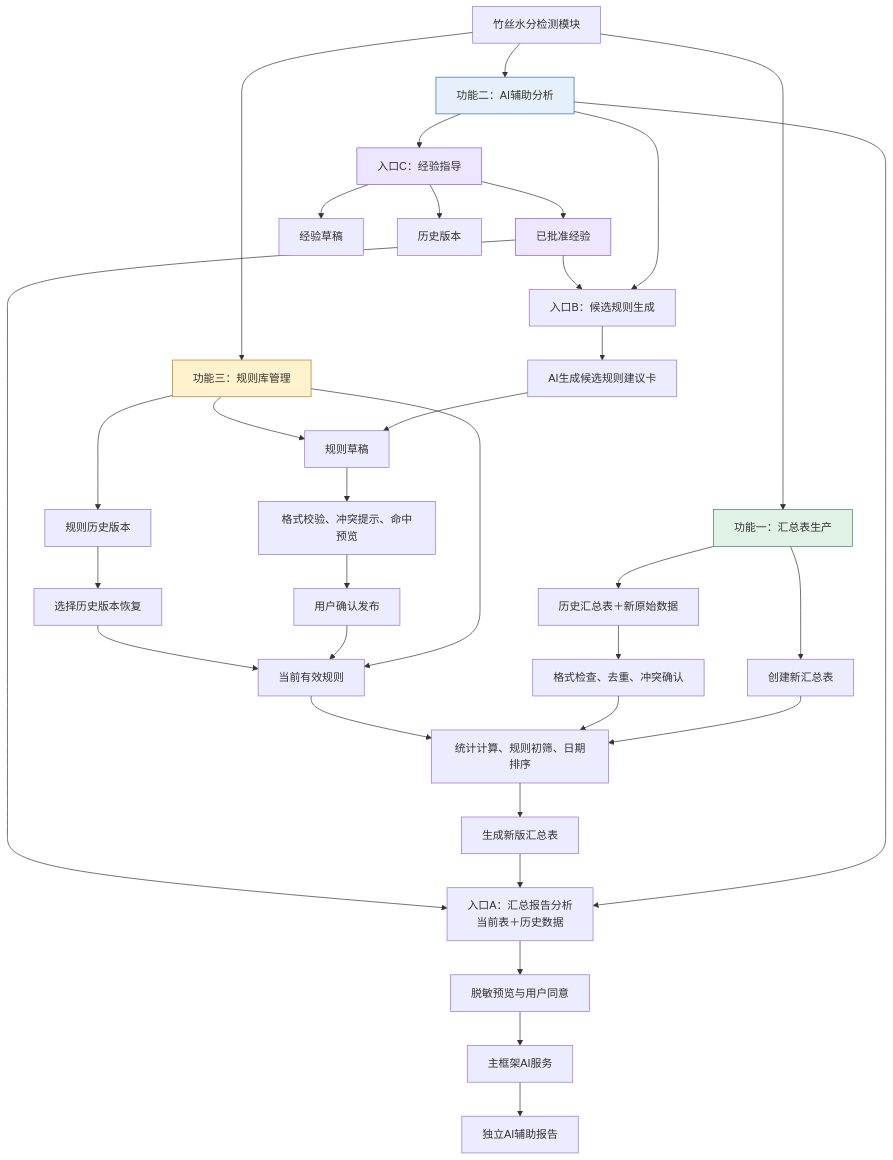
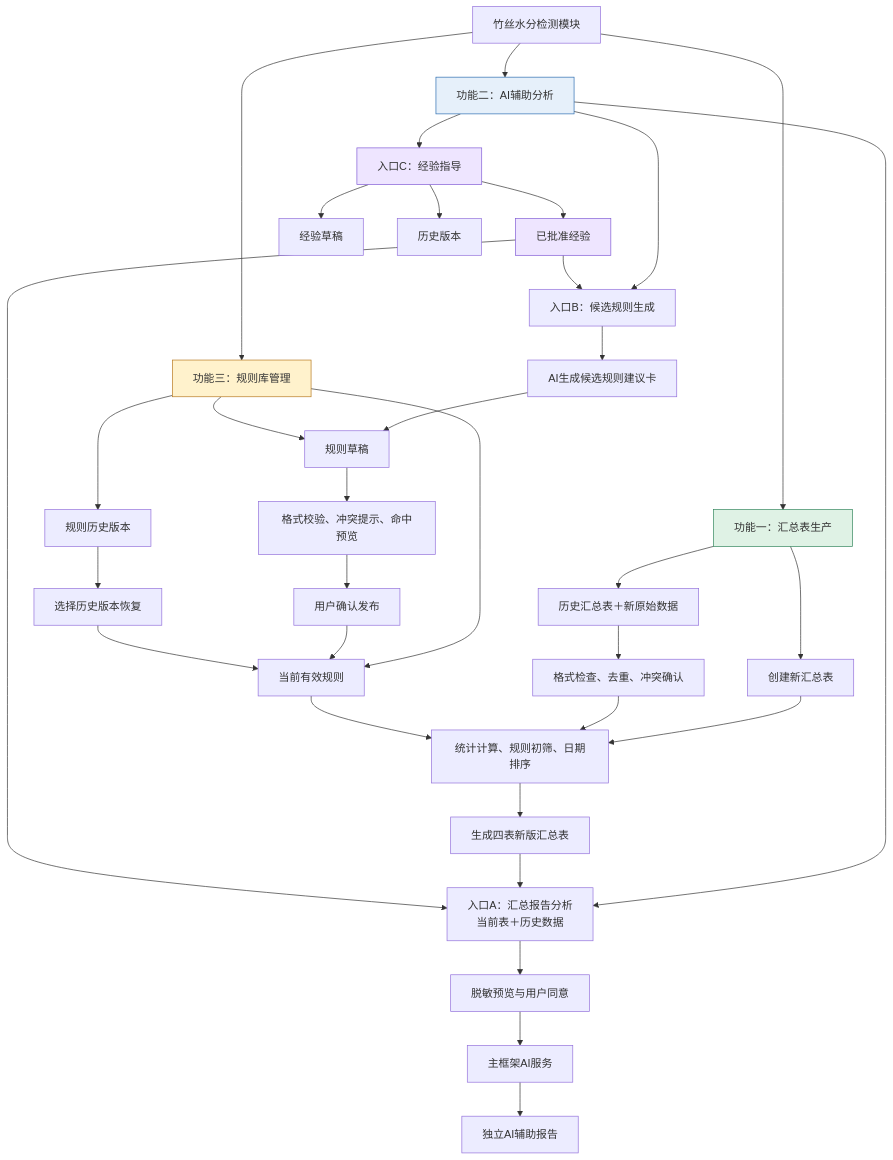
The diagram in modules/moisture/docs/architecture/moisture-next-stage-architecture.md (Liujunzhe0425/BambooWorkbench), drawn with Mermaid before and after one commit. The commit also changed other lines of this file and 5 other files, not shown here.

````diff
--- a/modules/moisture/docs/architecture/moisture-next-stage-architecture.md
+++ b/modules/moisture/docs/architecture/moisture-next-stage-architecture.md
@@ -24,51 +25,51 @@
 ```mermaid
 flowchart TB
     HOME["竹丝水分检测模块"]
 
     HOME --> F1["功能一：汇总表生产"]
     HOME --> F2["功能二：AI辅助分析"]
     HOME --> F3["功能三：规则库管理"]
 
     F1 --> NEW["创建新汇总表"]
     F1 --> APPEND["历史汇总表＋新原始数据"]
     NEW --> CALC["统计计算、规则初筛、日期排序"]
     APPEND --> CHECK["格式检查、去重、冲突确认"]
     CHECK --> CALC
-    CALC --> XLSX["生成新版汇总表"]
+    CALC --> XLSX["生成四表新版汇总表"]
 
     F2 --> REPORT_ENTRY["入口A：汇总报告分析<br/>当前表＋历史数据"]
     F2 --> RULE_ENTRY["入口B：候选规则生成"]
     F2 --> EXP_ENTRY["入口C：经验指导"]
 
     EXP_ENTRY --> EXP_CURRENT["已批准经验"]
     EXP_ENTRY --> EXP_DRAFT["经验草稿"]
     EXP_ENTRY --> EXP_HISTORY["历史版本"]
 
     XLSX --> REPORT_ENTRY
     EXP_CURRENT --> REPORT_ENTRY
     EXP_CURRENT --> RULE_ENTRY
 
     REPORT_ENTRY --> CONSENT["脱敏预览与用户同意"]
     CONSENT --> AIHOST["主框架AI服务"]
     AIHOST --> REPORT["独立AI辅助报告"]
 
     RULE_ENTRY --> RULE_AI["AI生成候选规则建议卡"]
     RULE_AI --> RULE_DRAFT["规则草稿"]
 
     F3 --> RULE_DRAFT
     F3 --> CURRENT["当前有效规则"]
     F3 --> HISTORY["规则历史版本"]
 
     RULE_DRAFT --> VALIDATE["格式校验、冲突提示、命中预览"]
     VALIDATE --> CONFIRM["用户确认发布"]
     CONFIRM --> CURRENT
     CURRENT --> CALC
     HISTORY --> RESTORE["选择历史版本恢复"]
     RESTORE --> CURRENT
 
     style F1 fill:#DFF2E5,stroke:#2F855A
     style F2 fill:#E6F0FA,stroke:#2B6CB0
     style F3 fill:#FFF2CC,stroke:#B7791F
     style EXP_ENTRY fill:#EEE5FF,stroke:#805AD5
     style EXP_CURRENT fill:#EEE5FF,stroke:#805AD5
 ```
````
